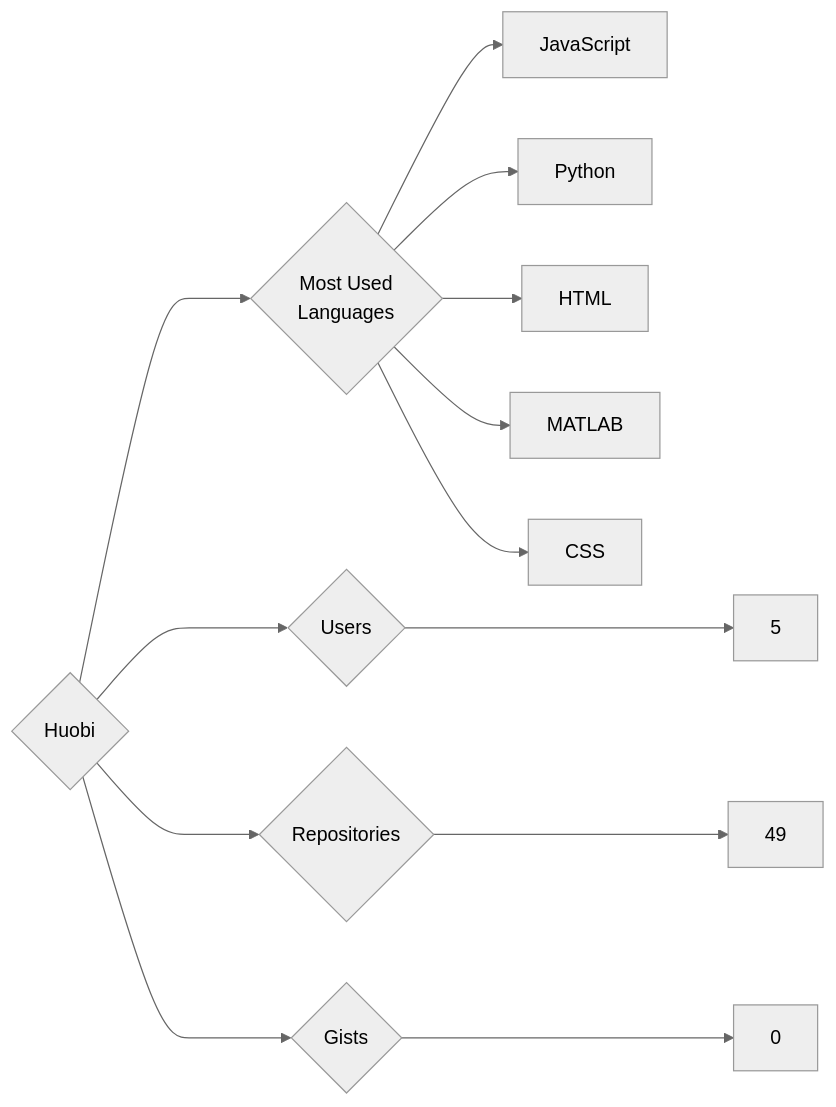
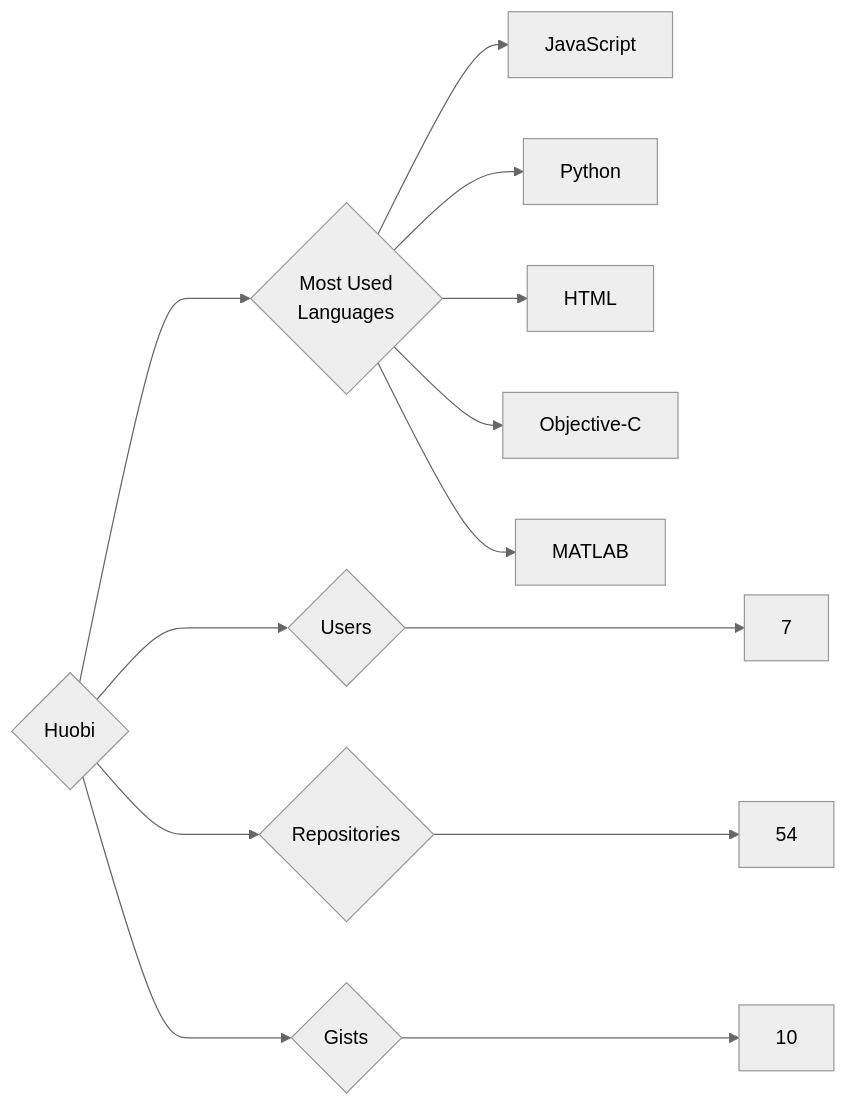
Before and after one commit to trickest/insiders: the diagram in targets/Huobi/README.md, drawn with Mermaid (neutral theme). The commit also changed 1030 other files, not shown here.

````diff
--- a/targets/Huobi/README.md
+++ b/targets/Huobi/README.md
@@ -3,13 +3,13 @@
 ```mermaid
 graph LR
 COMPANY_NAME{Huobi}
-COMPANY_NAME ---> U{Users} ---> UN[5]
-COMPANY_NAME ---> R{Repositories} ---> RN[49]
-COMPANY_NAME ---> G{Gists} ---> GN[0]
+COMPANY_NAME ---> U{Users} ---> UN[7]
+COMPANY_NAME ---> R{Repositories} ---> RN[54]
+COMPANY_NAME ---> G{Gists} ---> GN[10]
 COMPANY_NAME ---> ML{Most Used<br>Languages}
 ML --> JavaScript[JavaScript]
 ML --> Python[Python]
 ML --> HTML[HTML]
+ML --> Objective-C[Objective-C]
 ML --> MATLAB[MATLAB]
-ML --> CSS[CSS]
 ```
````
